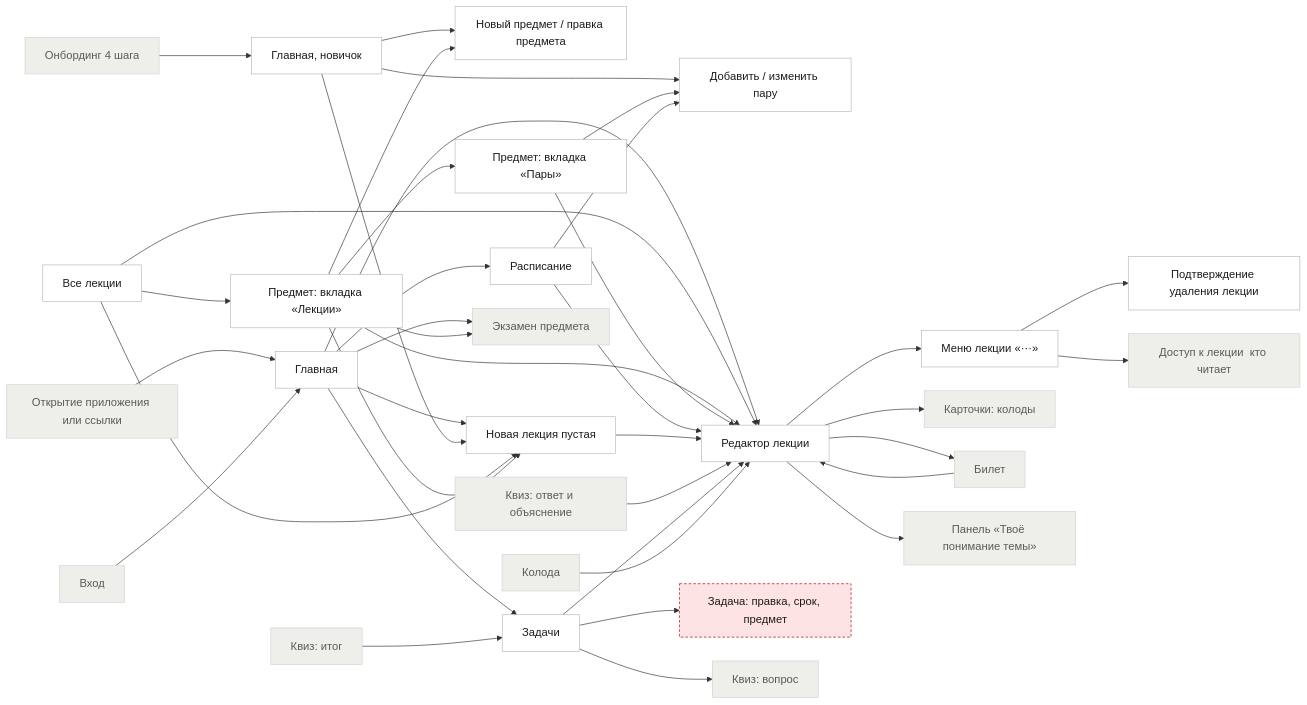
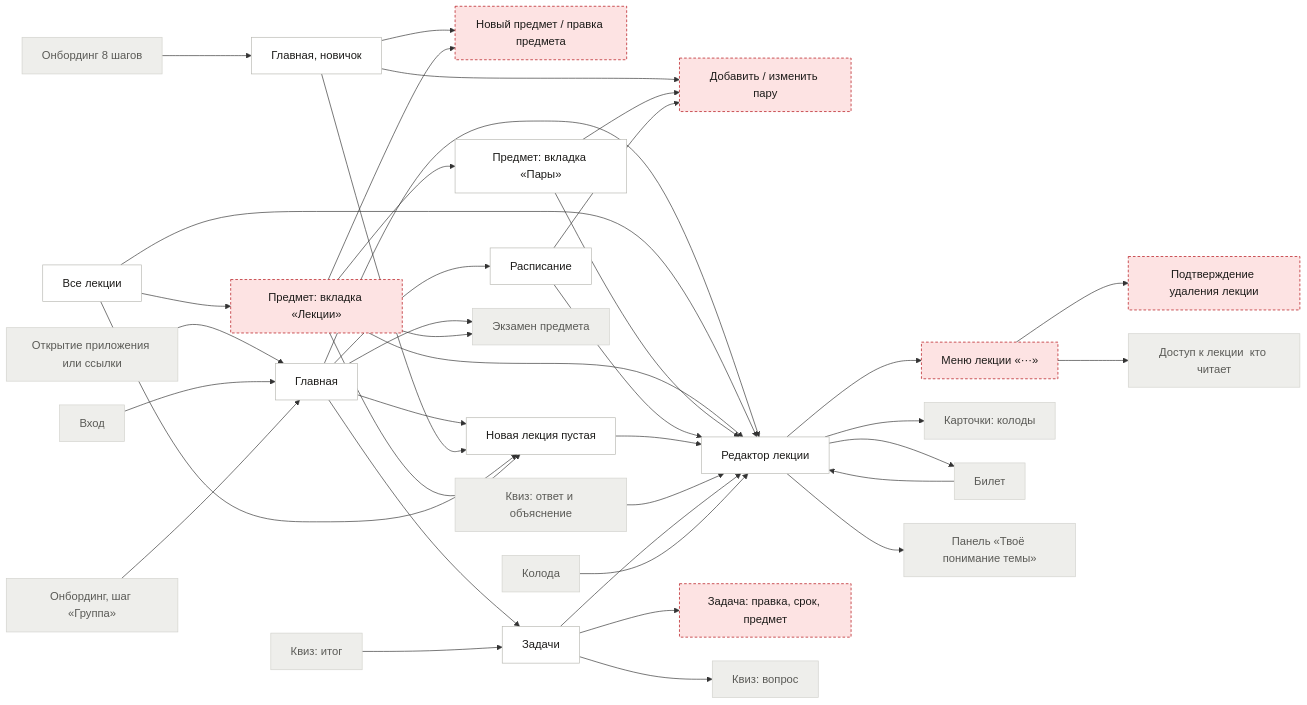
One commit to misha-quartzevsky/cohorta changed the second of 6 diagrams in docs/design/ia/userflow.md. Above: the diagram before and after it, drawn with Mermaid. The commit also changed other lines of this file and 7 other files, not shown here.

```diff
--- a/docs/design/ia/userflow.md
+++ b/docs/design/ia/userflow.md
@@ -131,7 +134,8 @@
   exam["Экзамен предмета"]
   g_lecture_access["Доступ к лекции  кто читает "]
   login["Вход"]
-  onb["Онбординг  4 шага "]
+  onb["Онбординг  8 шагов "]
+  onb_group["Онбординг, шаг «Группа»"]
   open["Открытие приложения или ссылки"]
   quiz_a["Квиз: ответ и объяснение"]
   quiz_q["Квиз: вопрос"]
@@ -140,6 +144,7 @@
   understanding["Панель «Твоё понимание темы»"]
   open --> home
   login --> home
+  onb_group --> home
   onb --> home_new
   home --> editor
   home --> lecture_new
@@ -182,15 +187,15 @@
   class home ok
   class home_new ok
   class lectures ok
-  class subject ok
-  class subject_new ok
+  class subject no
+  class subject_new no
   class pairs ok
-  class pair_edit ok
+  class pair_edit no
   class schedule ok
   class lecture_new ok
   class editor ok
-  class lecture_menu ok
-  class lecture_delete ok
+  class lecture_menu no
+  class lecture_delete no
   class tasks ok
   class task_edit no
   class cards ex
@@ -199,6 +204,7 @@
   class g_lecture_access ex
   class login ex
   class onb ex
+  class onb_group ex
   class open ex
   class quiz_a ex
   class quiz_q ex
```
